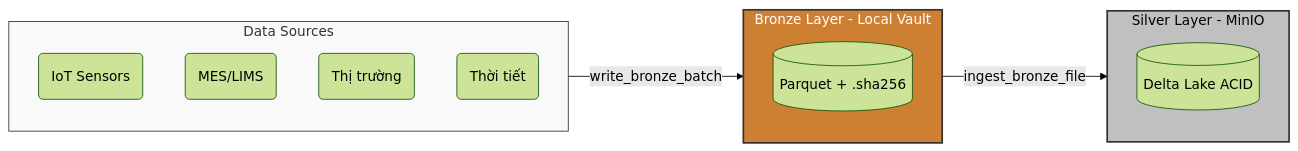
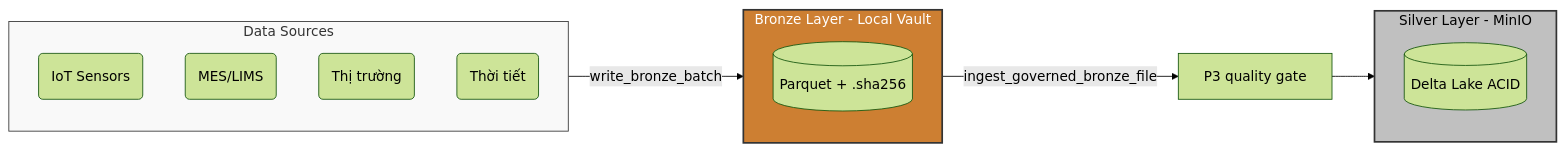
One commit to MinhBui647/ProjectIT5425_Nhom2 changed the diagram in src/lakehouse_storage/README.md. Above: the diagram before and after it, drawn with Mermaid (forest theme). The commit also changed other lines of this file and 3 other files, not shown here.

Commit message:
feat: route generator CLI Silver output through the P3 gate

````diff
--- a/src/lakehouse_storage/README.md
+++ b/src/lakehouse_storage/README.md
@@ -10,24 +10,25 @@
 ```mermaid
 flowchart LR
     subgraph Nguồn [Data Sources]
         S1(IoT Sensors)
         S2(MES/LIMS)
         S3(Thị trường)
         S4(Thời tiết)
     end
 
     subgraph Bronze [Bronze Layer - Local Vault]
         B[(Parquet + .sha256)]
     end
 
     subgraph Silver [Silver Layer - MinIO]
         S[(Delta Lake ACID)]
     end
 
     Nguồn -- write_bronze_batch --> Bronze
-    Bronze -- ingest_bronze_file --> Silver
+    Bronze -- ingest_governed_bronze_file --> P3[P3 quality gate]
+    P3 --> Silver
 
     style Nguồn fill:#f9f9f9,stroke:#333,stroke-width:1px
     style Bronze fill:#cd7f32,stroke:#333,stroke-width:2px,color:#fff
     style Silver fill:#c0c0c0,stroke:#333,stroke-width:2px,color:#000
 ```
````
